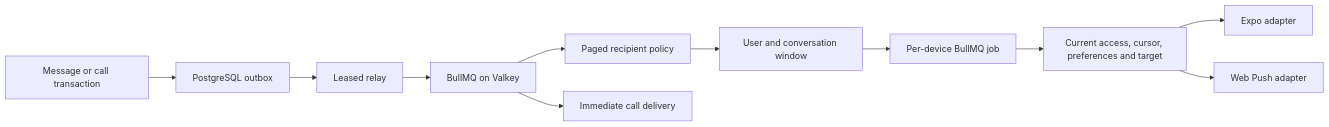
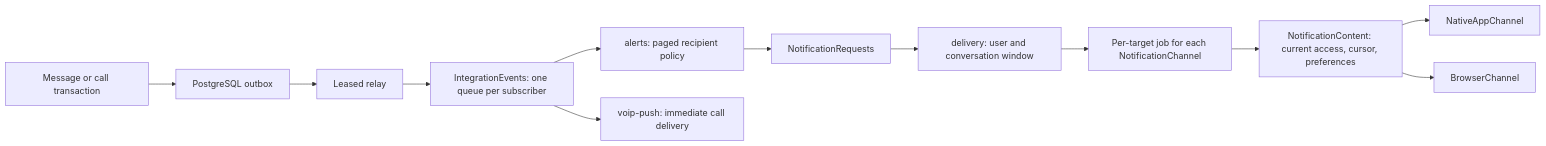
One commit to AP-Education/ap-chats changed the diagram in docs/push-notifications.md. Above: the diagram before and after it, drawn with Mermaid. The commit also changed other lines of this file, not shown here.

Commit message:
docs(push): describe integration events, channels and the delivery boundary

````diff
--- a/docs/push-notifications.md
+++ b/docs/push-notifications.md
@@ -9,13 +9,14 @@
 ```mermaid
 flowchart LR
   Transaction[Message or call transaction] --> Outbox[PostgreSQL outbox]
   Outbox --> Relay[Leased relay]
-  Relay --> Queue[BullMQ on Valkey]
-  Queue --> Audience[Paged recipient policy]
-  Audience --> Window[User and conversation window]
-  Window --> Intent[Per-device BullMQ job]
-  Intent --> Verify[Current access, cursor, preferences and target]
-  Verify --> Expo[Expo adapter]
-  Verify --> Web[Web Push adapter]
-  Queue --> Call[Immediate call delivery]
+  Relay --> Events[IntegrationEvents: one queue per subscriber]
+  Events --> Audience[alerts: paged recipient policy]
+  Audience --> Requests[NotificationRequests]
+  Requests --> Window[delivery: user and conversation window]
+  Window --> Intent[Per-target job for each NotificationChannel]
+  Intent --> Verify[NotificationContent: current access, cursor, preferences]
+  Verify --> Expo[NativeAppChannel]
+  Verify --> Web[BrowserChannel]
+  Events --> Call[voip-push: immediate call delivery]
 ```
````
